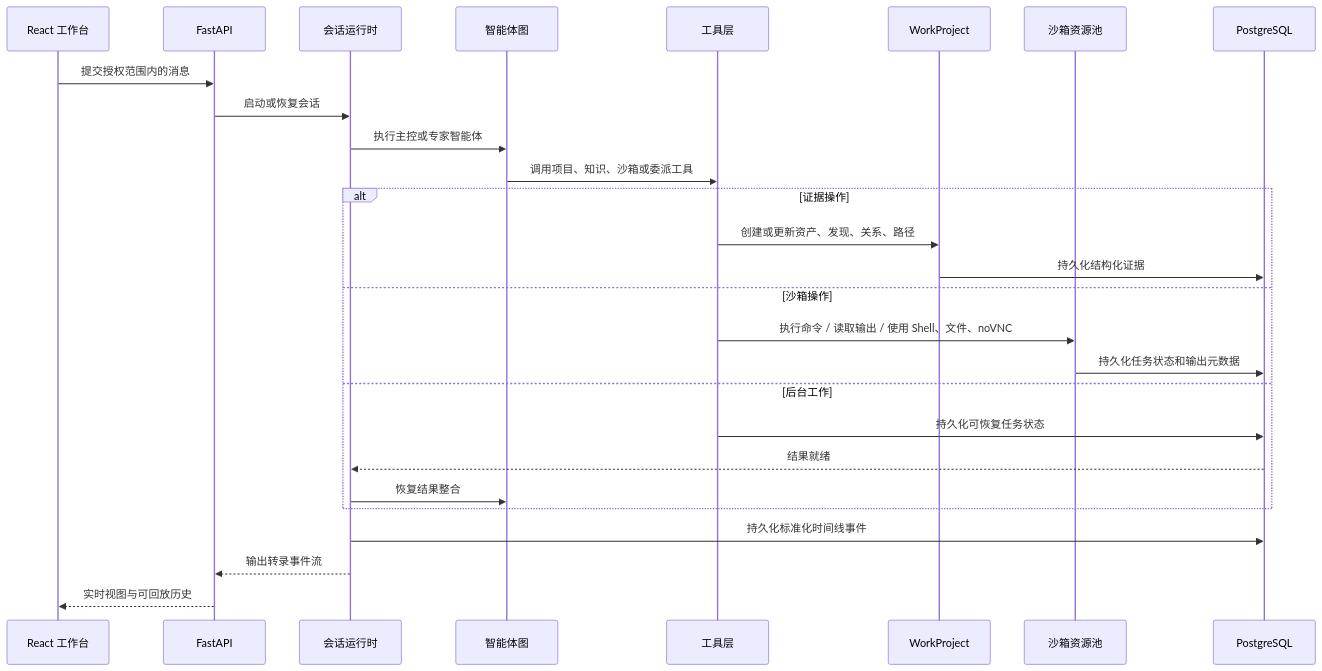
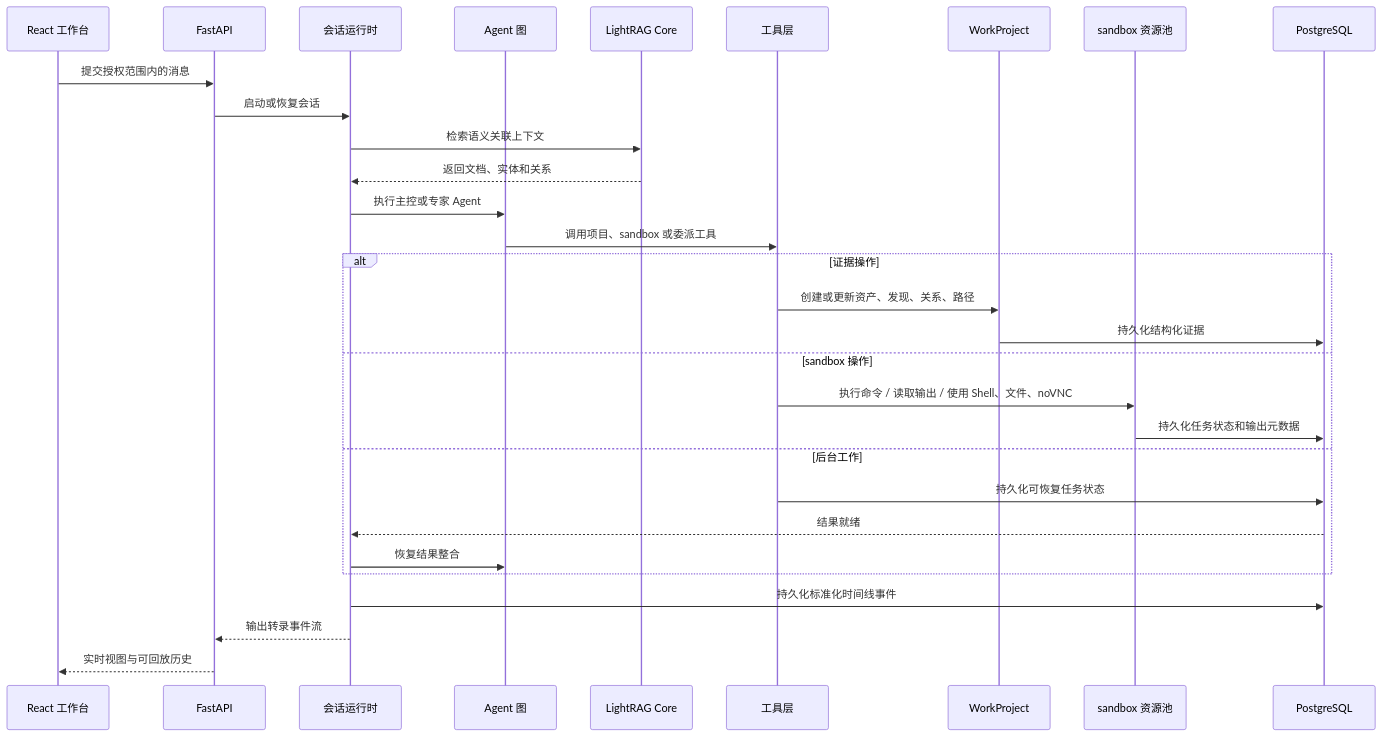
One commit to MolTau9527/Z3r0 changed the second of 4 diagrams in README_zh.md. Above: the diagram before and after it, drawn with Mermaid. The commit also changed other lines of this file and 99 other files, not shown here.

Commit message:
feat: Add LightRAG knowledge management and contextual retrieval

````diff
--- a/README_zh.md
+++ b/README_zh.md
@@ -103,32 +107,35 @@
 ```mermaid
 sequenceDiagram
   participant UI as React 工作台
   participant API as FastAPI
   participant Pool as 会话运行时
-  participant Agents as 智能体图
+  participant Agents as Agent 图
+  participant RAG as LightRAG Core
   participant Tools as 工具层
   participant Project as WorkProject
-  participant Sandbox as 沙箱资源池
+  participant Sandbox as sandbox 资源池
   participant DB as PostgreSQL
 
   UI->>API: 提交授权范围内的消息
   API->>Pool: 启动或恢复会话
-  Pool->>Agents: 执行主控或专家智能体
-  Agents->>Tools: 调用项目、知识、沙箱或委派工具
+  Pool->>RAG: 检索语义关联上下文
+  RAG-->>Pool: 返回文档、实体和关系
+  Pool->>Agents: 执行主控或专家 Agent
+  Agents->>Tools: 调用项目、sandbox 或委派工具
 
   alt 证据操作
     Tools->>Project: 创建或更新资产、发现、关系、路径
     Project->>DB: 持久化结构化证据
-  else 沙箱操作
+  else sandbox 操作
     Tools->>Sandbox: 执行命令 / 读取输出 / 使用 Shell、文件、noVNC
     Sandbox->>DB: 持久化任务状态和输出元数据
   else 后台工作
     Tools->>DB: 持久化可恢复任务状态
     DB-->>Pool: 结果就绪
     Pool->>Agents: 恢复结果整合
   end
 
   Pool->>DB: 持久化标准化时间线事件
   Pool-->>API: 输出转录事件流
   API-->>UI: 实时视图与可回放历史
 ```
````
